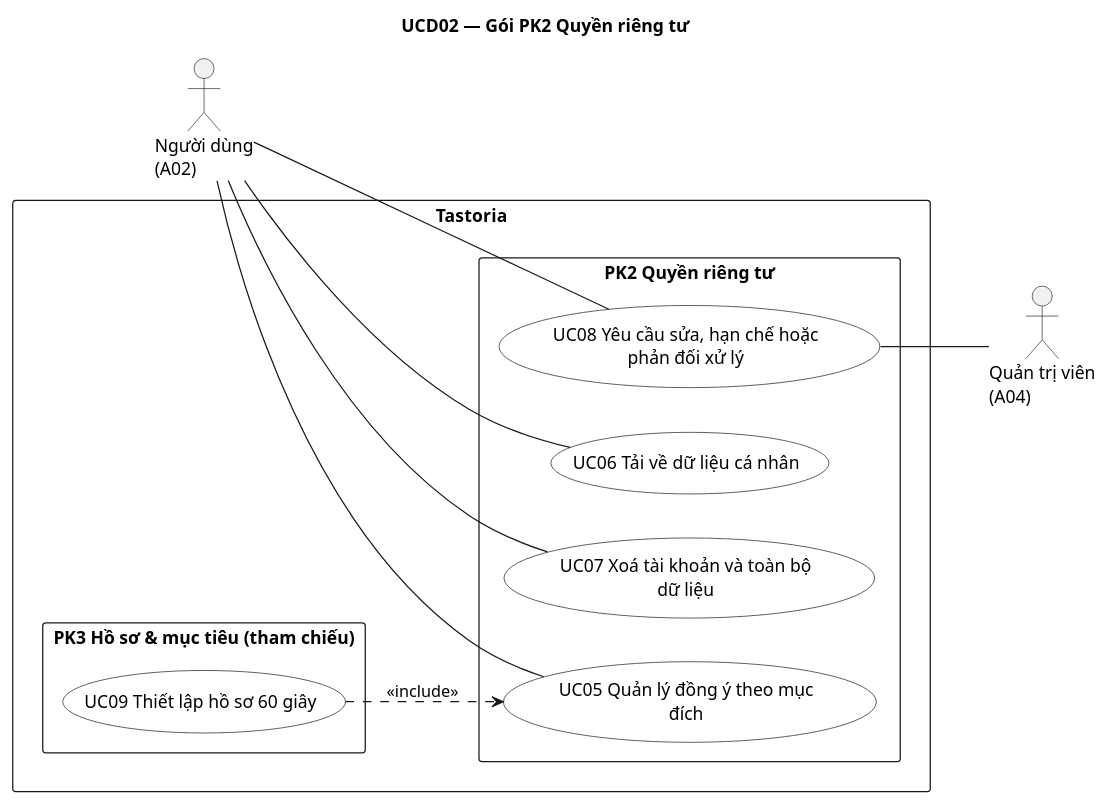
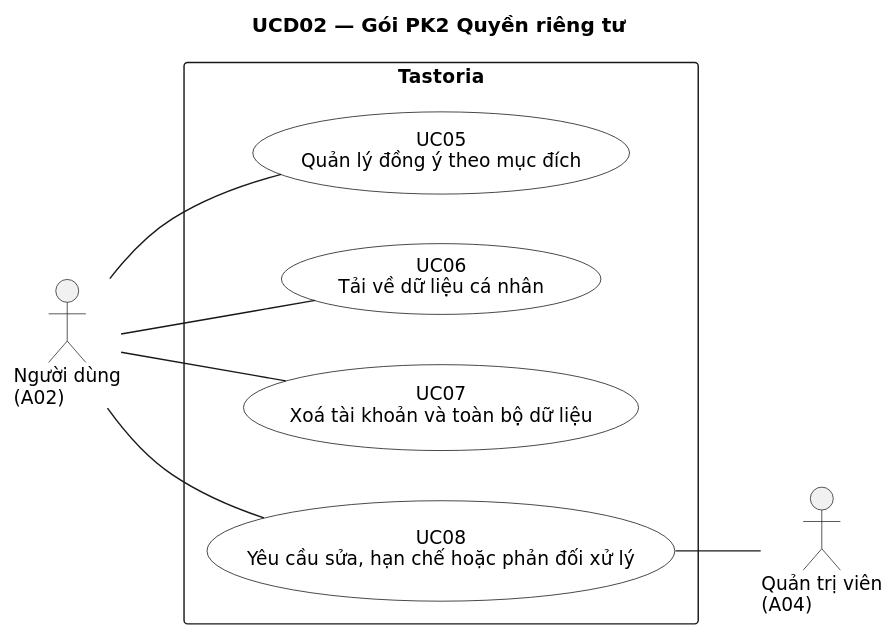
One commit to NamBuw/Tastoria changed the diagram in docs/uml/usecase/UCD02-quyen-rieng-tu.puml. Above: the diagram before and after it, drawn with PlantUML. The commit also changed 484 other files, not shown here.

First line of the commit message:
docs: split UML and ERD diagrams into one-topic views from a single model

```diff
--- a/docs/uml/usecase/UCD02-quyen-rieng-tu.puml
+++ b/docs/uml/usecase/UCD02-quyen-rieng-tu.puml
@@ -1,34 +1,31 @@
 @startuml
 title UCD02 — Gói PK2 Quyền riêng tư
-' Sinh từ docs/sad/model.yaml (actors, use_cases, rels). Không sửa tay mã định danh.
+' Sinh từ docs/sad/tools/diagrams/model.py — sửa ở đó rồi chạy gen_puml.py, không sửa tay.
+skinparam shadowing false
+skinparam defaultFontName DejaVu Sans
+skinparam defaultFontSize 13
+skinparam dpi 110
+
 left to right direction
 skinparam packageStyle rectangle
 skinparam actorStyle stick
 skinparam usecase {
   BackgroundColor White
   BorderColor Black
 }
 
 actor "Người dùng\n(A02)" as A02
+rectangle "Tastoria" {
+  usecase "UC05\nQuản lý đồng ý theo mục đích" as UC05
+  usecase "UC06\nTải về dữ liệu cá nhân" as UC06
+  usecase "UC07\nXoá tài khoản và toàn bộ dữ liệu" as UC07
+  usecase "UC08\nYêu cầu sửa, hạn chế hoặc phản đối xử lý" as UC08
+}
 actor "Quản trị viên\n(A04)" as A04
-
-rectangle "Tastoria" {
-  package "PK2 Quyền riêng tư" as PK2 {
-    usecase "UC05 Quản lý đồng ý theo mục\nđích" as UC05
-    usecase "UC06 Tải về dữ liệu cá nhân" as UC06
-    usecase "UC07 Xoá tài khoản và toàn bộ\ndữ liệu" as UC07
-    usecase "UC08 Yêu cầu sửa, hạn chế hoặc\nphản đối xử lý" as UC08
-  }
-  package "PK3 Hồ sơ & mục tiêu (tham chiếu)" as PK3 {
-    usecase "UC09 Thiết lập hồ sơ 60 giây" as UC09
-  }
-}
 
 A02 -- UC05
 A02 -- UC06
 A02 -- UC07
 A02 -- UC08
 UC08 -- A04
-
-UC09 ..> UC05 : <<include>>
 @enduml
```
